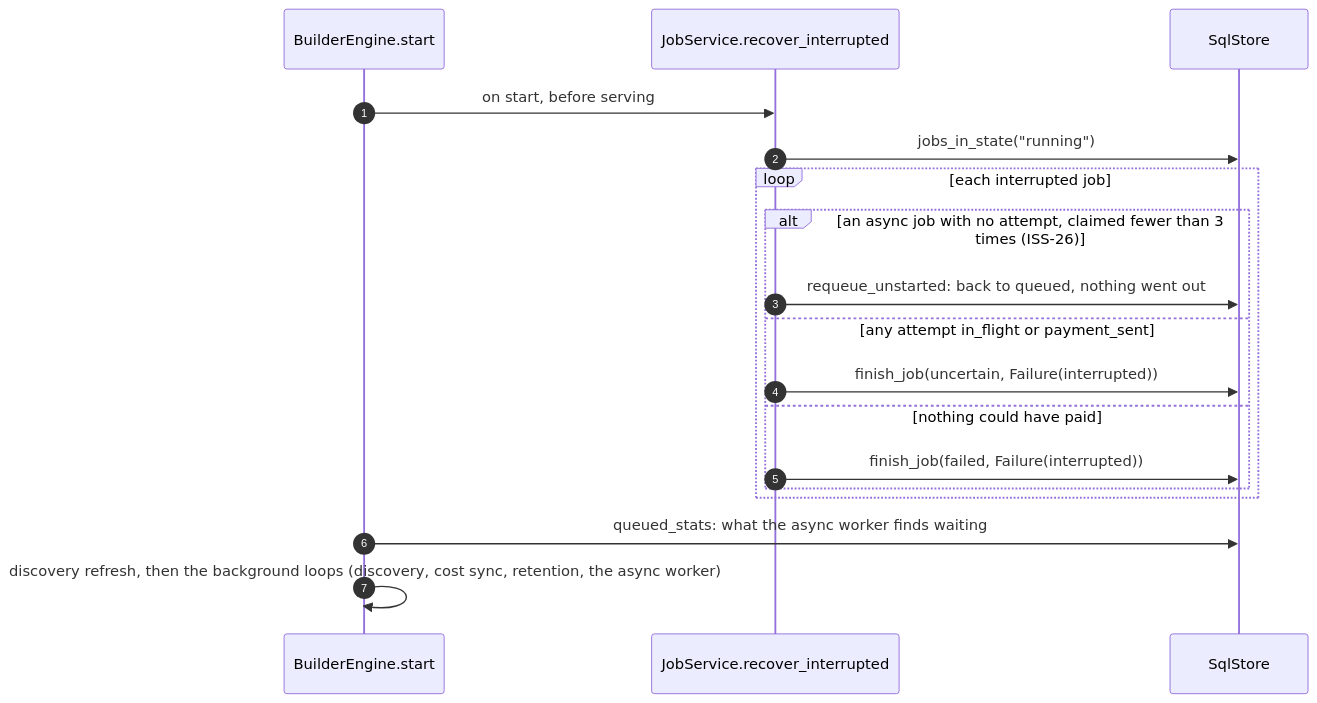
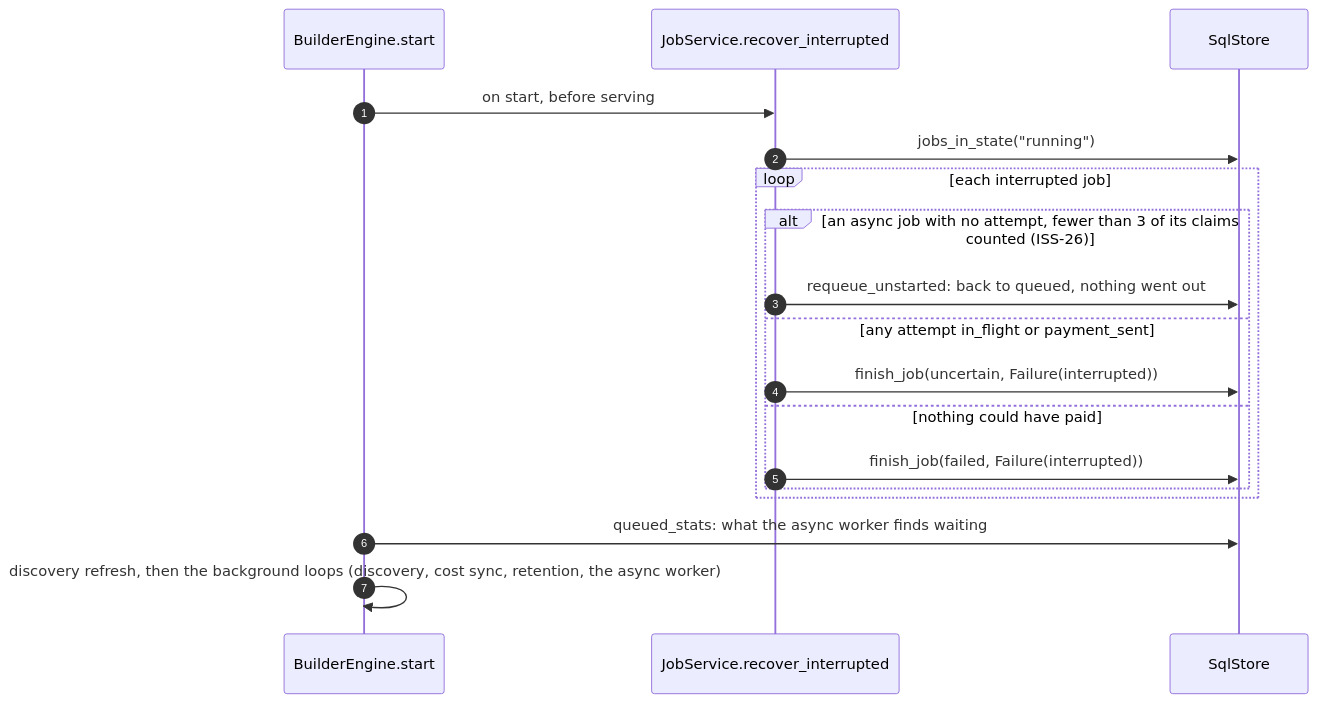
One commit to NE-Build-Track/livepeer-builder-core changed the ninth of 12 diagrams in docs/design-docs/architecture-diagrams.md. Above: the diagram before and after it, drawn with Mermaid. The commit also changed 14 other files, not shown here.

````diff
--- a/docs/design-docs/architecture-diagrams.md
+++ b/docs/design-docs/architecture-diagrams.md
@@ -297,20 +297,20 @@
 ```mermaid
 sequenceDiagram
     autonumber
     participant BE as BuilderEngine.start
     participant J as JobService.recover_interrupted
     participant DB as SqlStore
     BE->>J: on start, before serving
     J->>DB: jobs_in_state("running")
     loop each interrupted job
-        alt an async job with no attempt, claimed fewer than 3 times (ISS-26)
+        alt an async job with no attempt, fewer than 3 of its claims counted (ISS-26)
             J->>DB: requeue_unstarted: back to queued, nothing went out
         else any attempt in_flight or payment_sent
             J->>DB: finish_job(uncertain, Failure(interrupted))
         else nothing could have paid
             J->>DB: finish_job(failed, Failure(interrupted))
         end
     end
     BE->>DB: queued_stats: what the async worker finds waiting
     BE->>BE: discovery refresh, then the background loops (discovery, cost sync, retention, the async worker)
 ```
````
